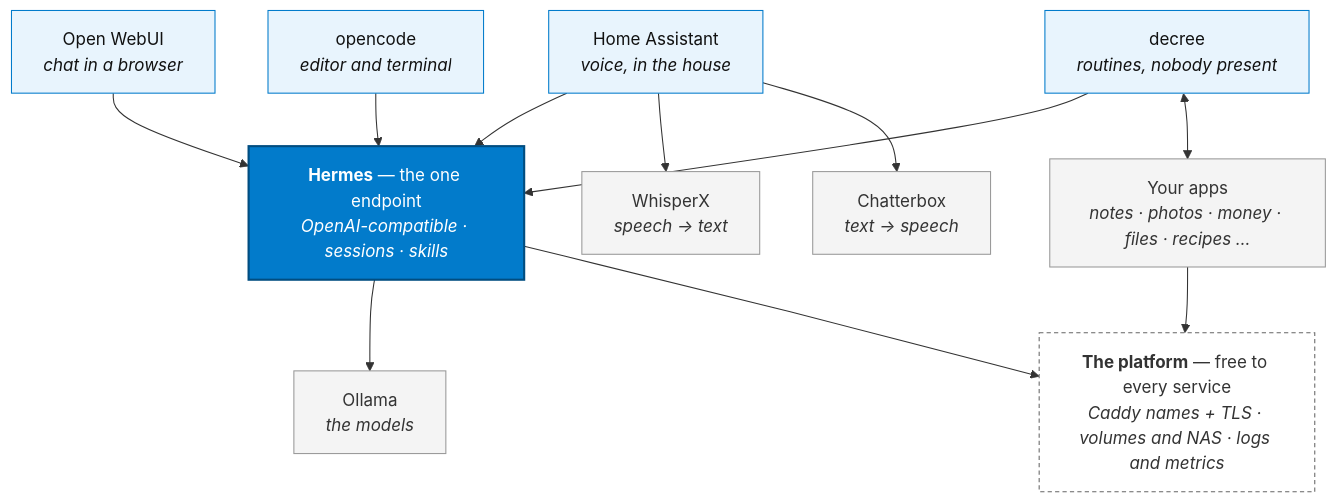
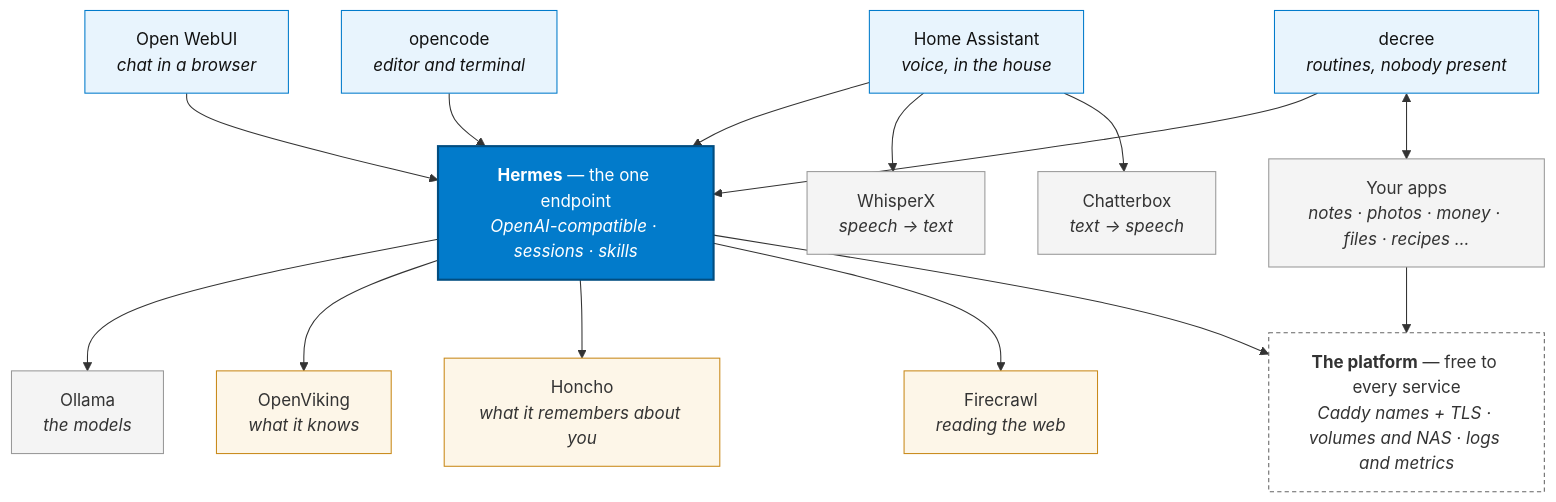
Before and after one commit to jtmckay/existential: the diagram in site/docs/how-it-works.md, drawn with Mermaid. The commit also changed other lines of this file and 23 other files, not shown here.

````diff
--- a/site/docs/how-it-works.md
+++ b/site/docs/how-it-works.md
@@ -18,35 +18,44 @@
 ```mermaid
 flowchart TB
     ha["Home Assistant<br/><i>voice, in the house</i>"]
     owui["Open WebUI<br/><i>chat in a browser</i>"]
     oc["opencode<br/><i>editor and terminal</i>"]
     dec["decree<br/><i>routines, nobody present</i>"]
 
     hermes["<b>Hermes</b> — the one endpoint<br/><i>OpenAI-compatible · sessions · skills</i>"]
     ollama["Ollama<br/><i>the models</i>"]
     stt["WhisperX<br/><i>speech → text</i>"]
     tts["Chatterbox<br/><i>text → speech</i>"]
 
+    viking["OpenViking<br/><i>what it knows</i>"]
+    honcho["Honcho<br/><i>what it remembers about you</i>"]
+    craw["Firecrawl<br/><i>reading the web</i>"]
+
     apps["Your apps<br/><i>notes · photos · money · files · recipes …</i>"]
     platform["<b>The platform</b> — free to every service<br/><i>Caddy names + TLS · volumes and NAS · logs and metrics</i>"]
 
     ha --> hermes
     owui --> hermes
     oc --> hermes
     dec --> hermes
     ha --> stt
     ha --> tts
     hermes --> ollama
+    hermes --> viking
+    hermes --> honcho
+    hermes --> craw
     dec <--> apps
     hermes --> platform
     apps --> platform
 
     classDef surface fill:#e8f4fd,stroke:#027bcb,color:#111
     classDef gateway fill:#027bcb,stroke:#014d80,stroke-width:2px,color:#fff
     classDef model fill:#f4f4f4,stroke:#999,color:#333
     classDef base fill:#fff,stroke:#666,stroke-dasharray:4 3,color:#333
+    classDef reach fill:#fdf6e8,stroke:#c98a1b,color:#333
     class ha,owui,oc,dec surface
     class hermes gateway
     class ollama,stt,tts,apps model
+    class viking,honcho,craw reach
     class platform base
 ```
````
